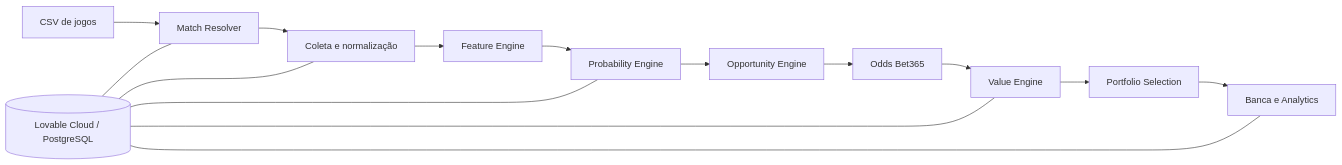
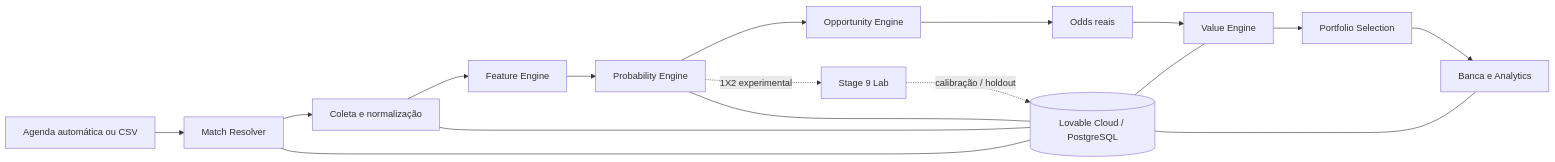
The diagram in README.md (kauefsantos/motor-de-decisao-esportiva), drawn with Mermaid before and after one commit. The commit also changed other lines of this file, not shown here.

````diff
--- a/README.md
+++ b/README.md
@@ -63,18 +358,21 @@
 ```mermaid
 flowchart LR
-    A[CSV de jogos] --> B[Match Resolver]
+    A[Agenda automática ou CSV] --> B[Match Resolver]
     B --> C[Coleta e normalização]
     C --> D[Feature Engine]
     D --> E[Probability Engine]
     E --> F[Opportunity Engine]
-    F --> G[Odds Bet365]
+    F --> G[Odds reais]
     G --> H[Value Engine]
     H --> I[Portfolio Selection]
     I --> J[Banca e Analytics]
 
     K[(Lovable Cloud / PostgreSQL)] --- B
     K --- C
     K --- E
     K --- H
     K --- J
+
+    E -. 1X2 experimental .-> L[Stage 9 Lab]
+    L -. calibração / holdout .-> K
 ```
````
